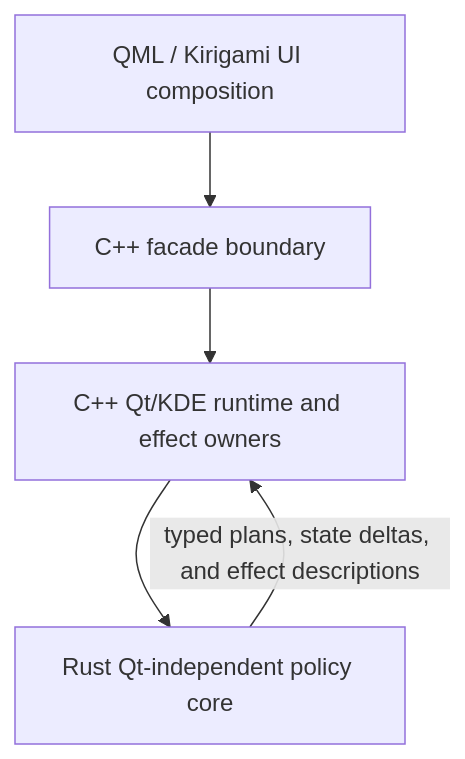
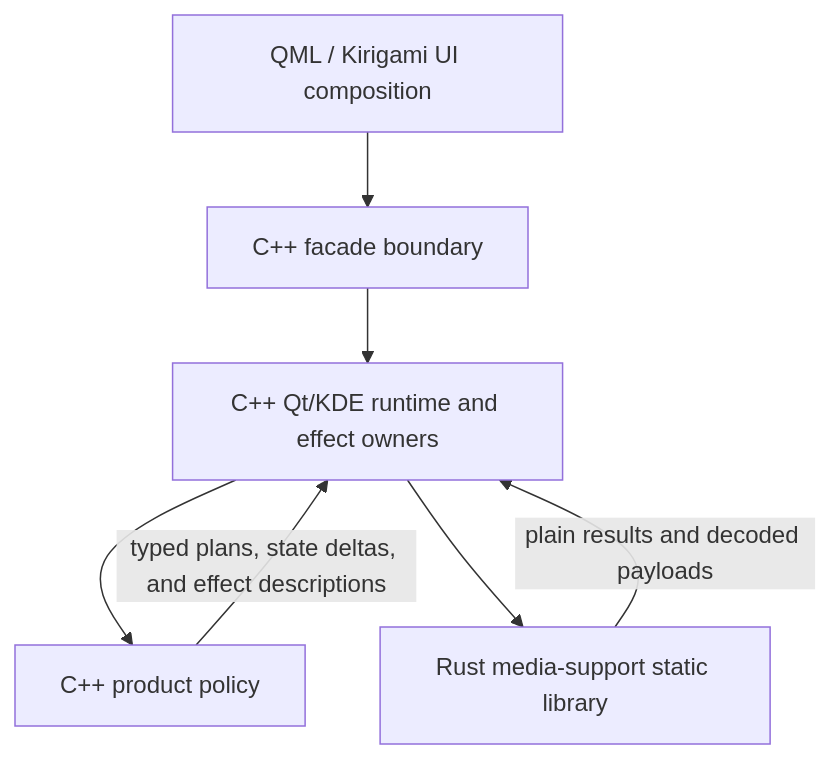
The first of 2 diagrams in app/docs/architecture/overview.md (hnjae/kiriview), drawn with Mermaid before and after one commit. The commit also changed other lines of this file and 26 other files, not shown here.

First line of the commit message:
docs(app): adopt C++ app with Rust support library

````diff
--- a/app/docs/architecture/overview.md
+++ b/app/docs/architecture/overview.md
@@ -5,10 +5,13 @@
 ```mermaid
 flowchart TD
     UI["QML / Kirigami UI composition"]
     Facade["C++ facade boundary"]
     Runtime["C++ Qt/KDE runtime and effect owners"]
-    Policy["Rust Qt-independent policy core"]
+    Policy["C++ product policy"]
+    Support["Rust media-support static library"]
 
     UI --> Facade --> Runtime --> Policy
     Policy -- "typed plans, state deltas, and effect descriptions" --> Runtime
+    Runtime --> Support
+    Support -- "plain results and decoded payloads" --> Runtime
 ```
````
